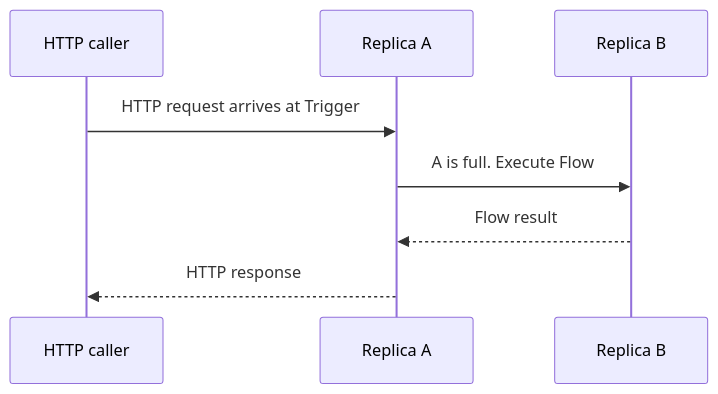
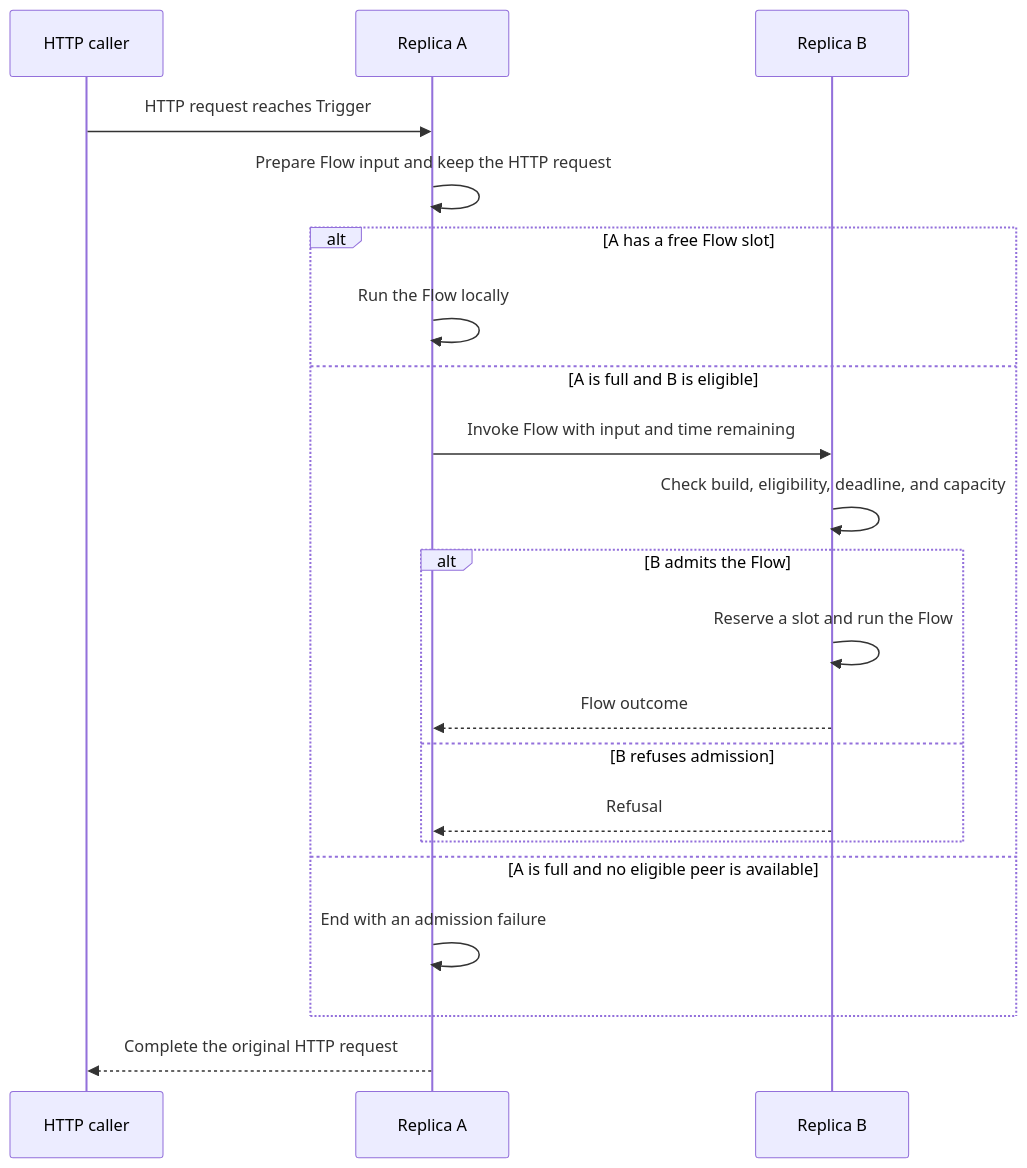
The second of 2 diagrams in docs/mesh.md (NanoNative/nano_railix), drawn with Mermaid before and after one commit. The commit also changed other lines of this file, not shown here.

````diff
--- a/docs/mesh.md
+++ b/docs/mesh.md
@@ -18,10 +44,23 @@
 ```mermaid
 sequenceDiagram
     participant Client as HTTP caller
     participant A as Replica A
     participant B as Replica B
-    Client->>A: HTTP request arrives at Trigger
-    A->>B: A is full. Execute Flow
-    B-->>A: Flow result
-    A-->>Client: HTTP response
+    Client->>A: HTTP request reaches Trigger
+    A->>A: Prepare Flow input and keep the HTTP request
+    alt A has a free Flow slot
+        A->>A: Run the Flow locally
+    else A is full and B is eligible
+        A->>B: Invoke Flow with input and time remaining
+        B->>B: Check build, eligibility, deadline, and capacity
+        alt B admits the Flow
+            B->>B: Reserve a slot and run the Flow
+            B-->>A: Flow outcome
+        else B refuses admission
+            B-->>A: Refusal
+        end
+    else A is full and no eligible peer is available
+        A->>A: End with an admission failure
+    end
+    A-->>Client: Complete the original HTTP request
 ```
````
